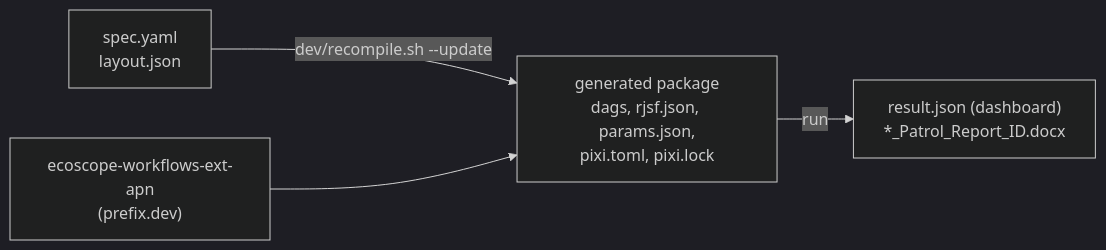
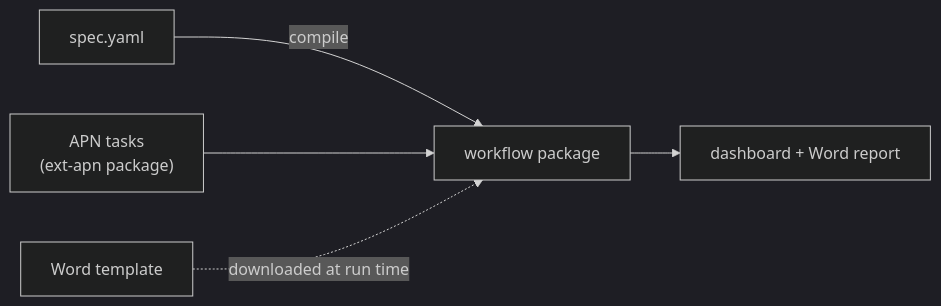
The diagram in DEVELOPMENT.md (wildlife-dynamics/APN-patrol_event), drawn with Mermaid (dark theme) before and after one commit. The commit also changed other lines of this file, not shown here.

````diff
--- a/DEVELOPMENT.md
+++ b/DEVELOPMENT.md
@@ -24,6 +15,7 @@
 ```mermaid
 flowchart LR
-    spec["spec.yaml<br/>layout.json"] -->|dev/recompile.sh --update| pkg["generated package<br/>dags, rjsf.json, params.json,<br/>pixi.toml, pixi.lock"]
-    extapn["ecoscope-workflows-ext-apn<br/>(prefix.dev)"] --> pkg
-    pkg -->|run| out["result.json (dashboard)<br/>*_Patrol_Report_ID.docx"]
+    spec["spec.yaml"] -->|compile| pkg["workflow package"]
+    apn["APN tasks<br/>(ext-apn package)"] --> pkg
+    tpl["Word template"] -.->|downloaded at run time| pkg
+    pkg --> out["dashboard + Word report"]
 ```
````
